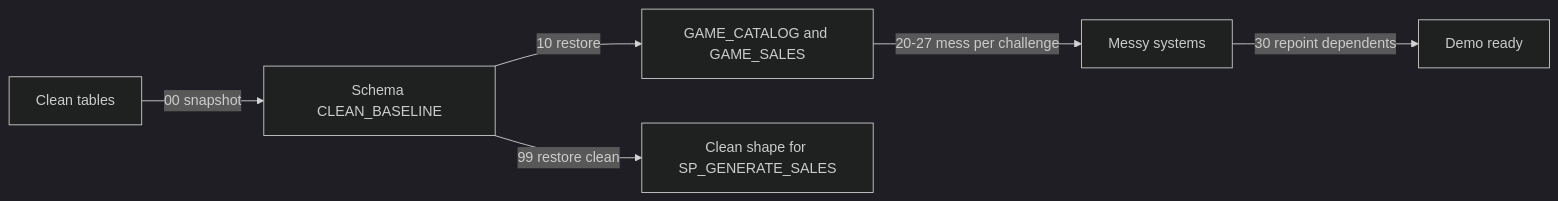
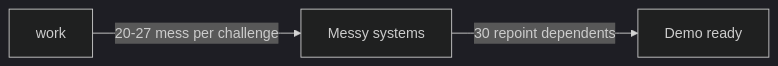
One commit to sfc-gh-jwestra/ontology-games changed the diagram in .snowflake/cortex/plans/mess-up-catalog-and-sales.plan.md. Above: the diagram before and after it, drawn with Mermaid (dark theme). The commit also changed other lines of this file and 259 other files, not shown here.

First line of the commit message:
Restructure demo: Parquet install, per-schema semantic views, graded batch eval, three-tab compare UI

````diff
--- a/.snowflake/cortex/plans/mess-up-catalog-and-sales.plan.md
+++ b/.snowflake/cortex/plans/mess-up-catalog-and-sales.plan.md
@@ -104,8 +104,5 @@
 ```mermaid
 flowchart LR
-  clean[Clean tables] -->|"00 snapshot"| baseline[Schema CLEAN_BASELINE]
-  baseline -->|"10 restore"| work[GAME_CATALOG and GAME_SALES]
   work -->|"20-27 mess per challenge"| messy[Messy systems]
   messy -->|"30 repoint dependents"| ready[Demo ready]
-  baseline -->|"99 restore clean"| cleanAgain[Clean shape for SP_GENERATE_SALES]
 ```
````
